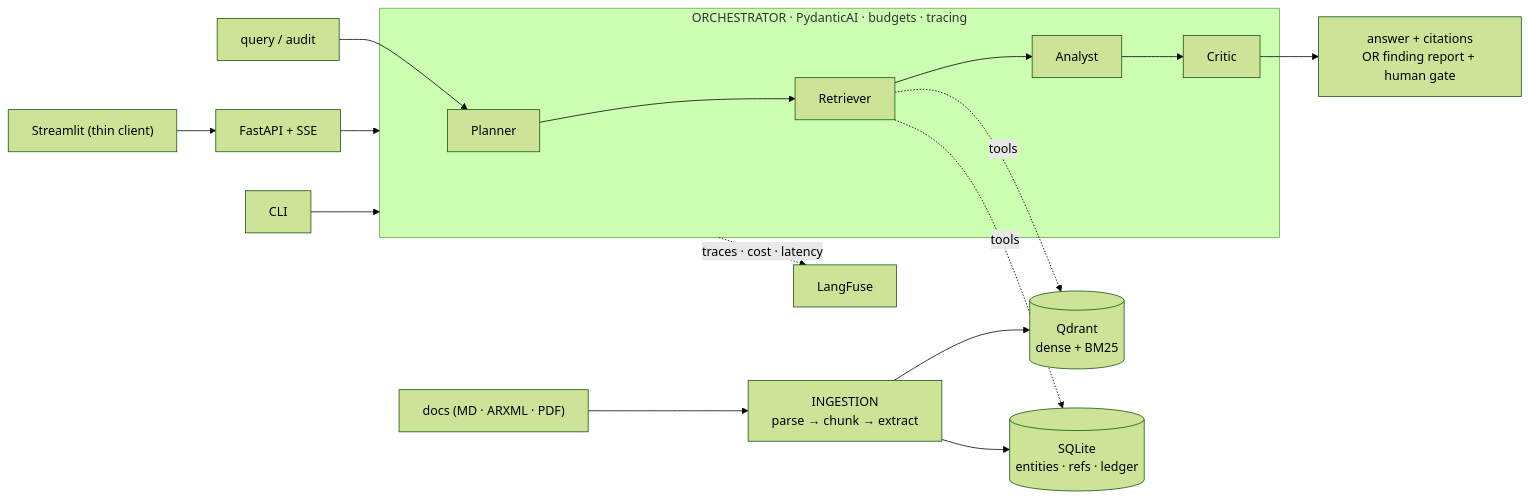
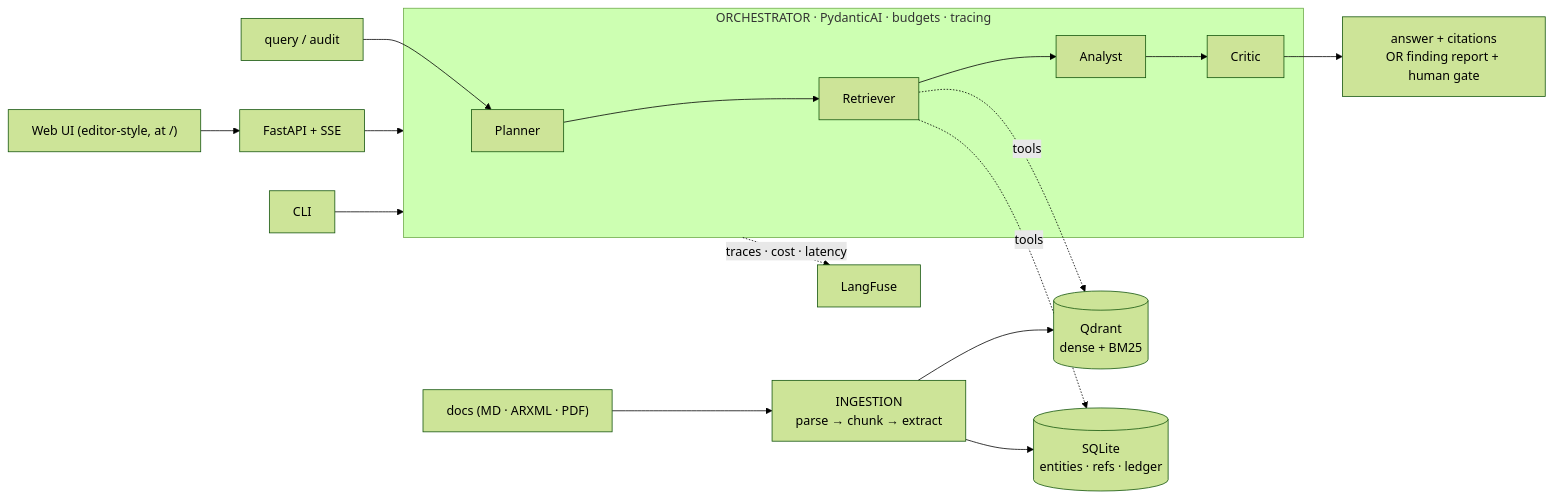
One commit to sabinbobu/requirements-audit changed the diagram in README.md. Above: the diagram before and after it, drawn with Mermaid (forest theme). The commit also changed other lines of this file and 14 other files, not shown here.

Commit message:
feat: replace Streamlit with editor-style web UI showing corpus problems inline

````diff
--- a/README.md
+++ b/README.md
@@ -46,21 +46,21 @@
 ```mermaid
 flowchart LR
     docs["docs (MD · ARXML · PDF)"] --> ing["INGESTION<br/>parse → chunk → extract"]
     ing --> qd[("Qdrant<br/>dense + BM25")]
     ing --> sq[("SQLite<br/>entities · refs · ledger")]
 
     q["query / audit"] --> planner
     subgraph orch["ORCHESTRATOR · PydanticAI · budgets · tracing"]
         planner[Planner] --> retriever[Retriever]
         retriever --> analyst[Analyst]
         analyst --> critic[Critic]
     end
     retriever -.tools.-> qd
     retriever -.tools.-> sq
     critic --> out["answer + citations<br/>OR finding report + human gate"]
 
     orch -.traces · cost · latency.-> lf["LangFuse"]
     api["FastAPI + SSE"] --> orch
-    ui["Streamlit (thin client)"] --> api
+    ui["Web UI (editor-style, at /)"] --> api
     cli["CLI"] --> orch
 ```
````
